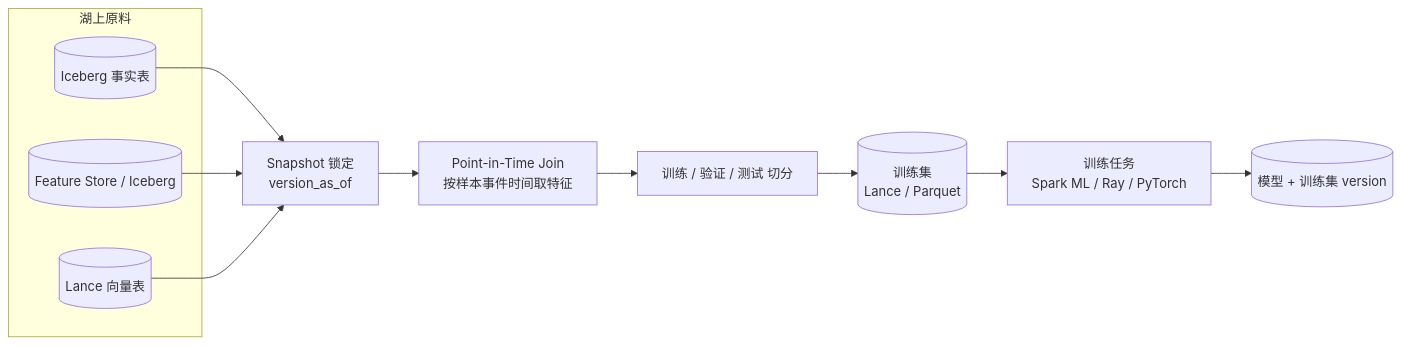
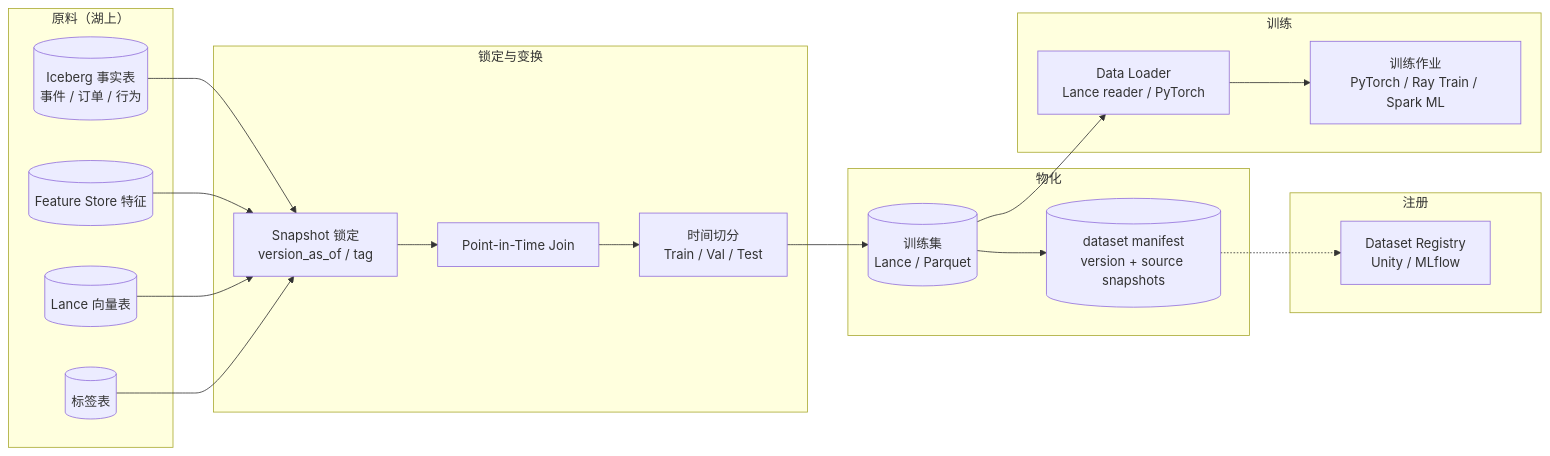
One commit to wangyong9999/lakehouse-wiki changed the diagram in docs/scenarios/offline-training-pipeline.md. Above: the diagram before and after it, drawn with Mermaid. The commit also changed other lines of this file and 1 other file, not shown here.

Commit message:
content(M2): AI 场景薄页升级 A 级 (feature-serving + offline-training-pipeline)

````diff
--- a/docs/scenarios/offline-training-pipeline.md
+++ b/docs/scenarios/offline-training-pipeline.md
@@ -25,18 +57,35 @@
 ```mermaid
 flowchart LR
-  subgraph "湖上原料"
-    facts[(Iceberg 事实表)]
-    features[(Feature Store / Iceberg)]
+  subgraph "原料（湖上）"
+    facts[(Iceberg 事实表<br/>事件 / 订单 / 行为)]
+    features[(Feature Store 特征)]
     vectors[(Lance 向量表)]
+    labels[(标签表)]
   end
 
-  facts --> snapshot_lock["Snapshot 锁定<br/>version_as_of"]
-  features --> snapshot_lock
-  vectors --> snapshot_lock
+  subgraph "锁定与变换"
+    lock[Snapshot 锁定<br/>version_as_of / tag]
+    pit[Point-in-Time Join]
+    split[时间切分<br/>Train / Val / Test]
+  end
 
-  snapshot_lock --> pit[Point-in-Time Join<br/>按样本事件时间取特征]
-  pit --> split[训练 / 验证 / 测试 切分]
-  split --> ds[(训练集<br/>Lance / Parquet)]
-  ds --> train[训练任务<br/>Spark ML / Ray / PyTorch]
-  train --> model[(模型 + 训练集 version)]
+  subgraph "物化"
+    mat[(训练集<br/>Lance / Parquet)]
+    manifest[(dataset manifest<br/>version + source snapshots)]
+  end
+
+  subgraph "训练"
+    loader[Data Loader<br/>Lance reader / PyTorch]
+    model[训练作业<br/>PyTorch / Ray Train / Spark ML]
+  end
+
+  subgraph "注册"
+    registry[Dataset Registry<br/>Unity / MLflow]
+  end
+
+  facts & features & vectors & labels --> lock
+  lock --> pit --> split --> mat
+  mat --> manifest
+  manifest -.-> registry
+  mat --> loader --> model
 ```
````
